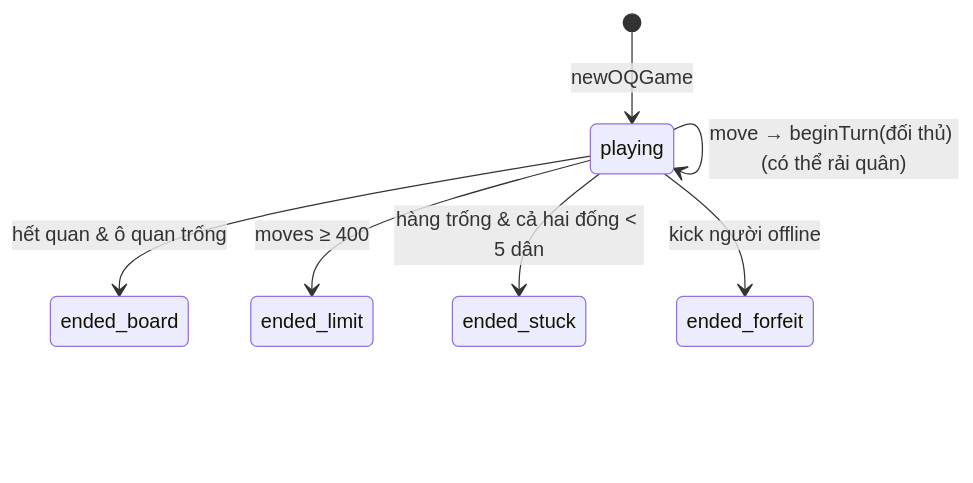
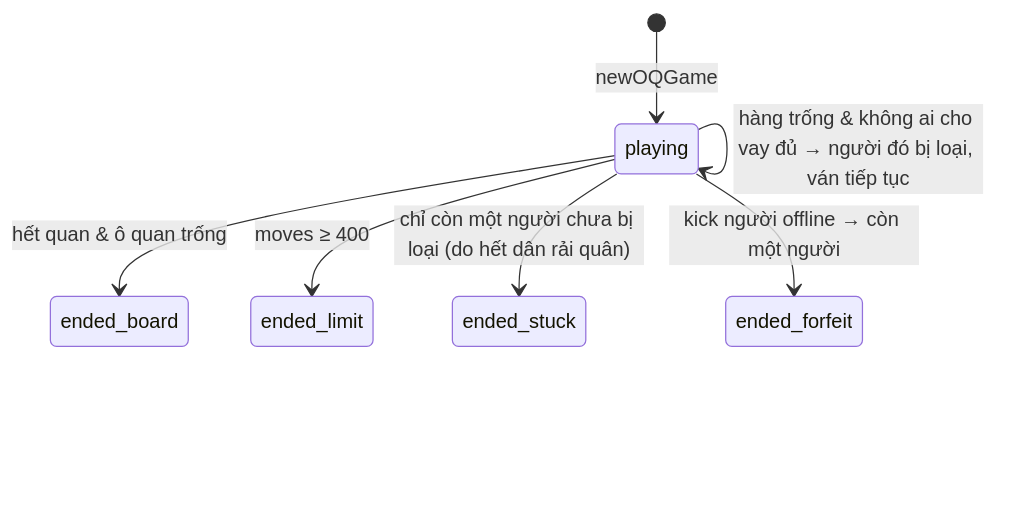
Before and after one commit to ThachHuynhIT/be_game: the diagram in docs/games/oanquan.md, drawn with Mermaid. The commit also changed other lines of this file and 8 other files, not shown here.

````diff
--- a/docs/games/oanquan.md
+++ b/docs/games/oanquan.md
@@ -88,9 +96,10 @@
 ```mermaid
 stateDiagram-v2
   [*] --> playing: newOQGame
   playing --> playing: move → beginTurn(đối thủ) (có thể rải quân)
   playing --> ended_board: hết quan & ô quan trống
   playing --> ended_limit: moves ≥ 400
-  playing --> ended_stuck: hàng trống & cả hai đống < 5 dân
-  playing --> ended_forfeit: kick người offline
+  playing --> playing: hàng trống & không ai cho vay đủ → người đó bị loại, ván tiếp tục
+  playing --> ended_stuck: chỉ còn một người chưa bị loại (do hết dân rải quân)
+  playing --> ended_forfeit: kick người offline → còn một người
 ```
````
